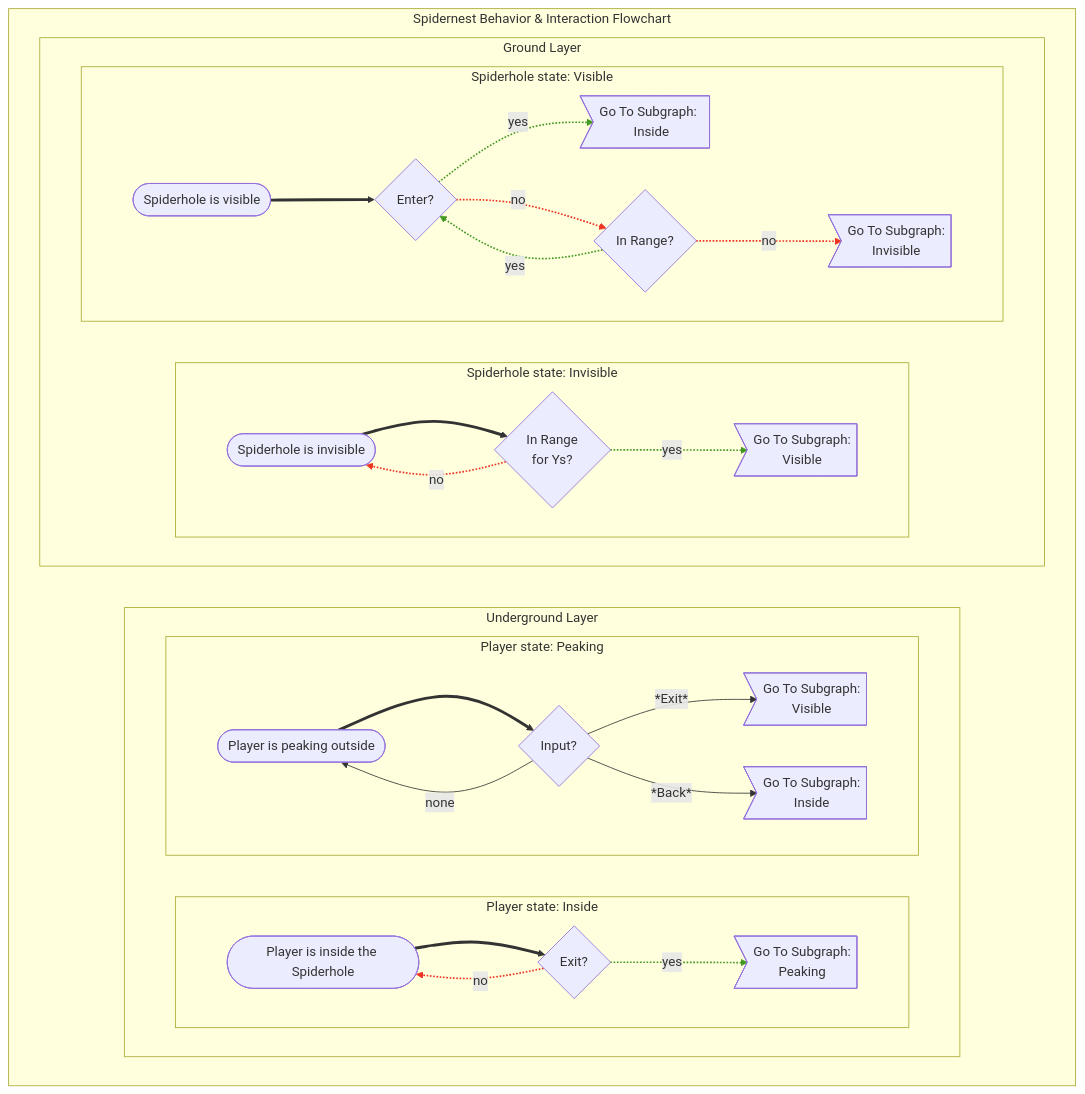
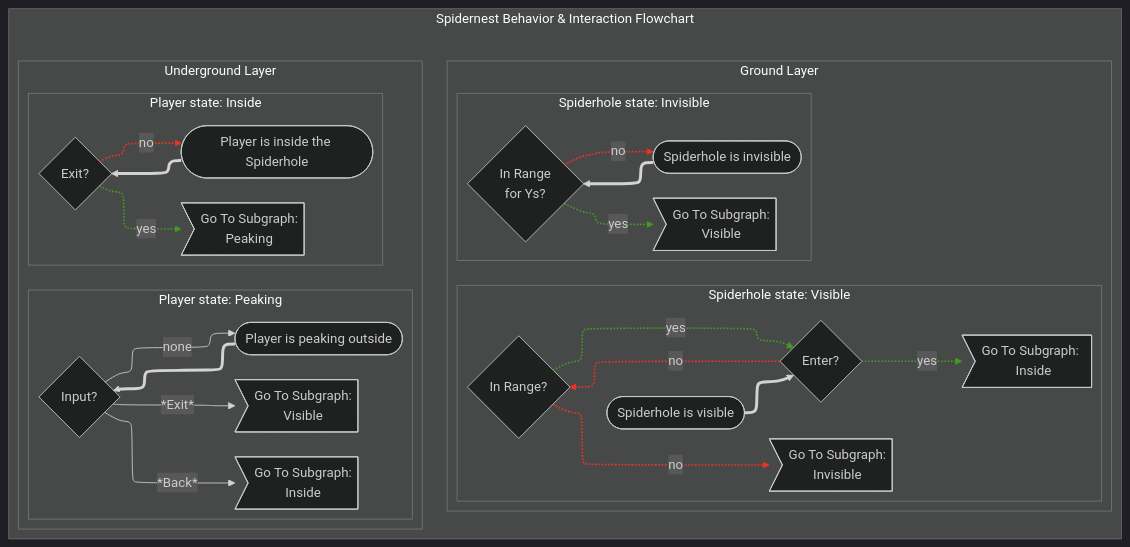
Before and after one commit to LucasShiota/my-digital-garden: the diagram in src/site/notes/Immune Defense/Buildings/Dynamic Buildings/Spider Hole Specs.md, drawn with Mermaid.

Commit message:
Published multiple files

````diff
--- a/src/site/notes/Immune Defense/Buildings/Dynamic Buildings/Spider Hole Specs.md
+++ b/src/site/notes/Immune Defense/Buildings/Dynamic Buildings/Spider Hole Specs.md
@@ -77,25 +77,19 @@
 ```mermaid
 ---
-
 config:
-
-    theme: dark
-
-    nodeSpacing: 50
-
-    rankSpacing: 50
-
-    layout: elk
-
-    elk:
-
-        nodePlacementStrategy: LINEAR_SEGMENTS
-
+    theme: dark
+    flowchart:
+        defaultRenderer: elk
+        nodeSpacing: 50
+        rankSpacing: 80
+    elk:
+        nodePlacementStrategy: LINEAR_SEGMENTS
+        cycleBreakingStrategy: GREEDY
 ---
 
-  
 
 flowchart LR
+
 
     subgraph chart[ Spidernest Behavior & Interaction Flowchart]
 
````
